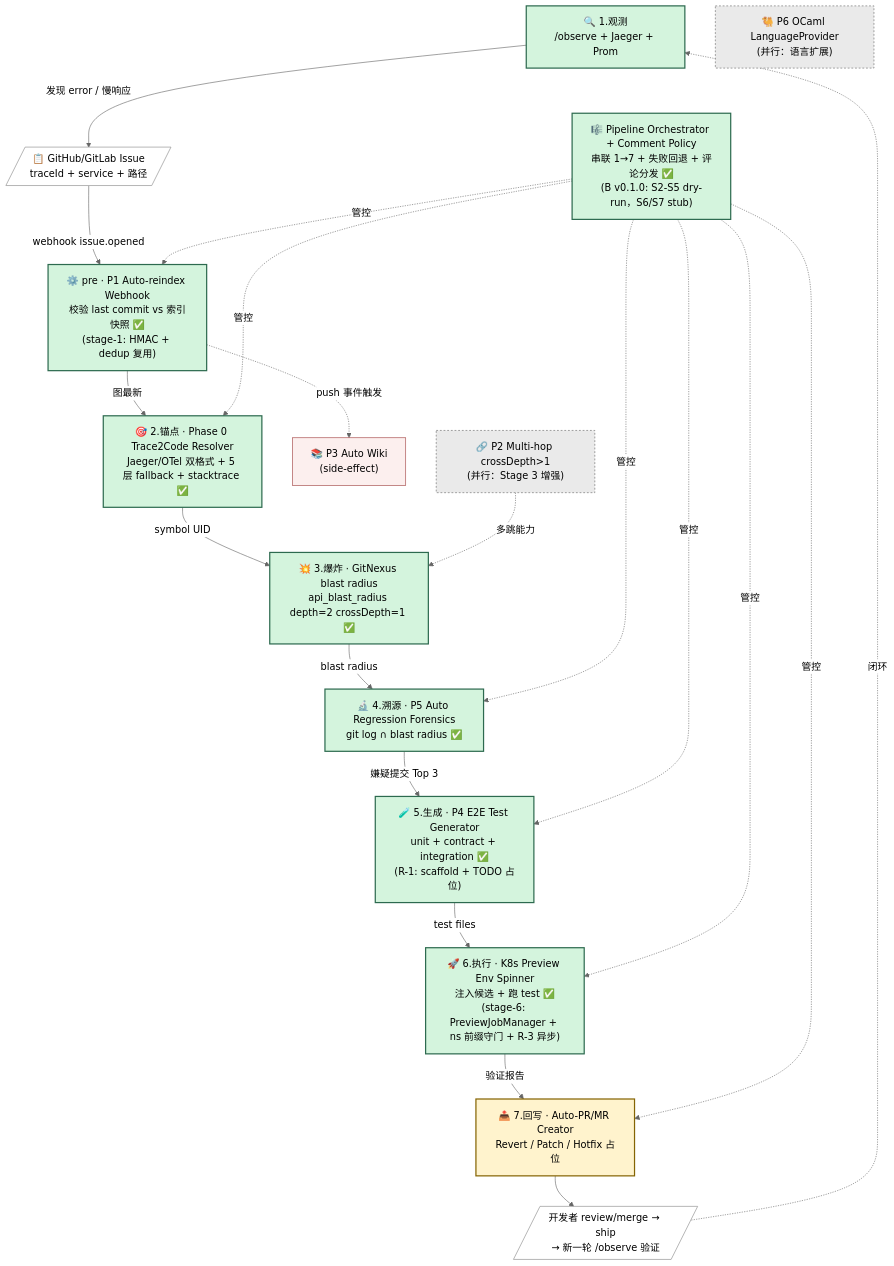
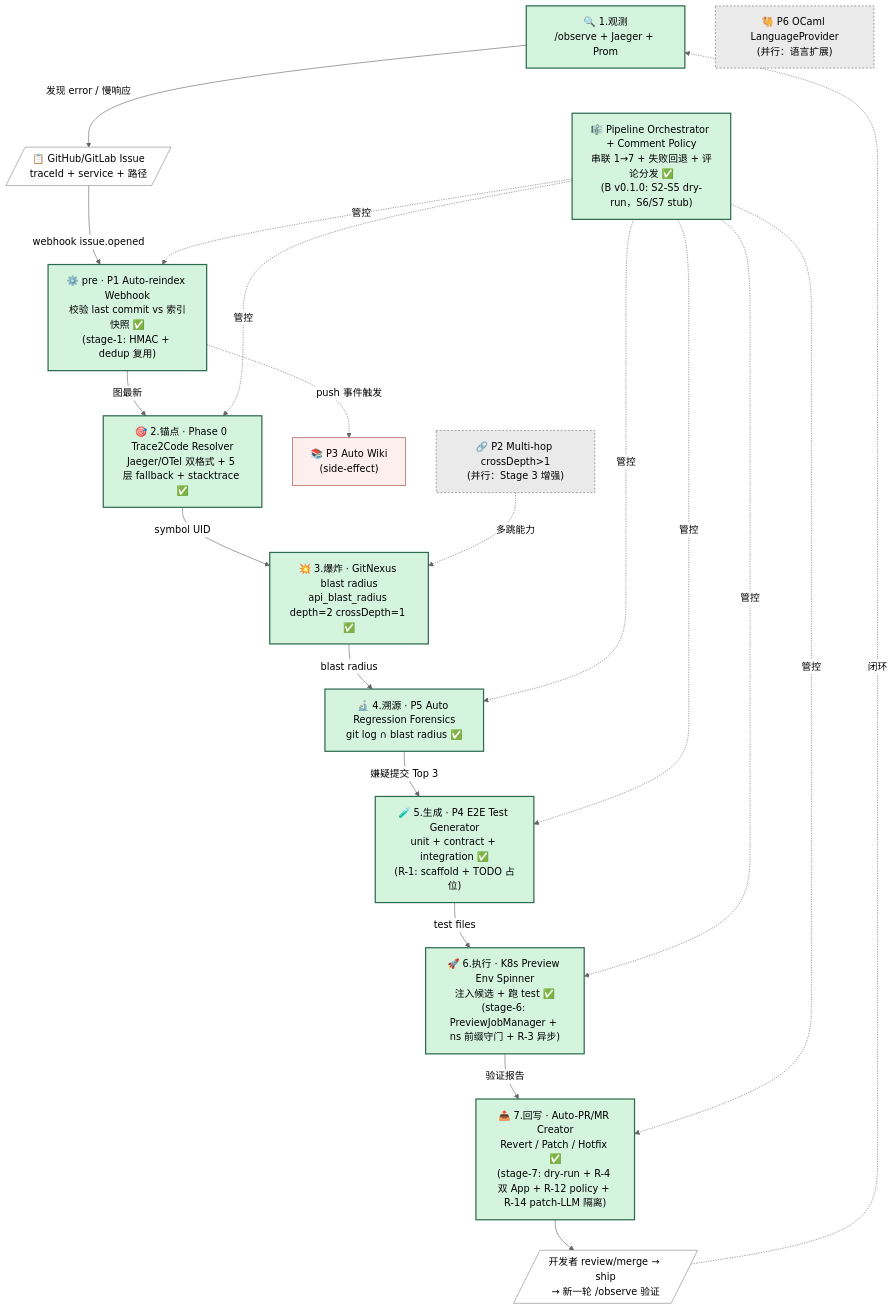
The diagram in docs/learn/Agentic-DevOps-企业版路线图-v2.md (zxs1633079383/GitNexus), drawn with Mermaid (neutral theme) before and after one commit. The commit also changed 11 other files, not shown here.

````diff
--- a/docs/learn/Agentic-DevOps-企业版路线图-v2.md
+++ b/docs/learn/Agentic-DevOps-企业版路线图-v2.md
@@ -35,46 +35,46 @@
 ```mermaid
 flowchart TB
     OBS["🔍 1.观测<br/>/observe + Jaeger + Prom"]:::existing
     ISSUE[/"📋 GitHub/GitLab Issue<br/>traceId + service + 路径"/]:::external
     PRE["⚙️ pre · P1 Auto-reindex Webhook<br/>校验 last commit vs 索引快照 ✅<br/>(stage-1: HMAC + dedup 复用)"]:::existing
     S2["🎯 2.锚点 · Phase 0 Trace2Code Resolver<br/>Jaeger/OTel 双格式 + 5 层 fallback + stacktrace ✅"]:::existing
     S3["💥 3.爆炸 · GitNexus blast radius<br/>api_blast_radius depth=2 crossDepth=1 ✅"]:::existing
     S4["🔬 4.溯源 · P5 Auto Regression Forensics<br/>git log ∩ blast radius ✅"]:::existing
     S5["🧪 5.生成 · P4 E2E Test Generator<br/>unit + contract + integration ✅<br/>(R-1: scaffold + TODO 占位)"]:::existing
     S6["🚀 6.执行 · K8s Preview Env Spinner<br/>注入候选 + 跑 test ✅<br/>(stage-6: PreviewJobManager + ns 前缀守门 + R-3 异步)"]:::existing
-    S7["📤 7.回写 · Auto-PR/MR Creator<br/>Revert / Patch / Hotfix 占位"]:::new
+    S7["📤 7.回写 · Auto-PR/MR Creator<br/>Revert / Patch / Hotfix ✅<br/>(stage-7: dry-run + R-4 双 App + R-12 policy + R-14 patch-LLM 隔离)"]:::existing
     LOOP[/"开发者 review/merge → ship<br/>→ 新一轮 /observe 验证"/]:::external
 
     ORCH["🎼 Pipeline Orchestrator + Comment Policy<br/>串联 1→7 + 失败回退 + 评论分发 ✅<br/>(B v0.1.0: S2-S5 dry-run，S6/S7 stub)"]:::existing
     WIKI["📚 P3 Auto Wiki<br/>(side-effect)"]:::side
     P2["🔗 P2 Multi-hop crossDepth>1<br/>(并行：Stage 3 增强)"]:::parallel
     P6["🐫 P6 OCaml LanguageProvider<br/>(并行：语言扩展)"]:::parallel
 
     OBS -->|发现 error / 慢响应| ISSUE
     ISSUE -->|webhook issue.opened| PRE
     PRE -->|图最新| S2
     S2 -->|symbol UID| S3
     S3 -->|blast radius| S4
     S4 -->|嫌疑提交 Top 3| S5
     S5 -->|test files| S6
     S6 -->|验证报告| S7
     S7 --> LOOP
     LOOP -.->|闭环| OBS
 
     ORCH -.->|管控| PRE
     ORCH -.->|管控| S2
     ORCH -.->|管控| S4
     ORCH -.->|管控| S5
     ORCH -.->|管控| S6
     ORCH -.->|管控| S7
 
     PRE -.->|push 事件触发| WIKI
     P2 -.->|多跳能力| S3
 
     classDef existing fill:#d4f4dd,stroke:#2d6a4f,color:#000,stroke-width:2px
     classDef new fill:#fff3cd,stroke:#856404,color:#000,stroke-width:2px
     classDef cross fill:#cfe2ff,stroke:#0a4d8c,color:#000,stroke-width:2px
     classDef side fill:#fcefee,stroke:#a04040,color:#000,stroke-width:1px
     classDef parallel fill:#eaeaea,stroke:#666,color:#000,stroke-width:1px,stroke-dasharray: 3 3
     classDef external fill:#fff,stroke:#888,color:#000,stroke-width:1px
 ```
````
